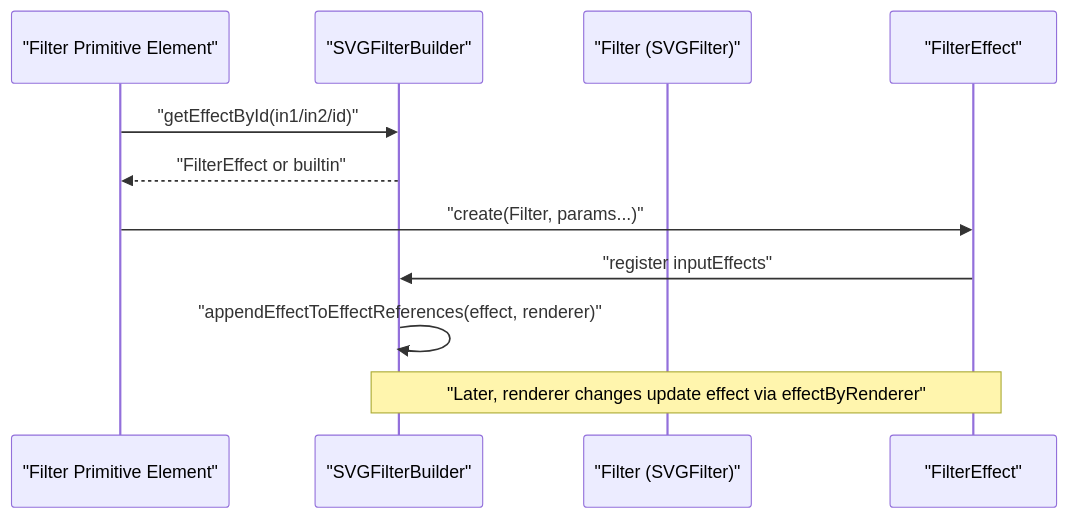
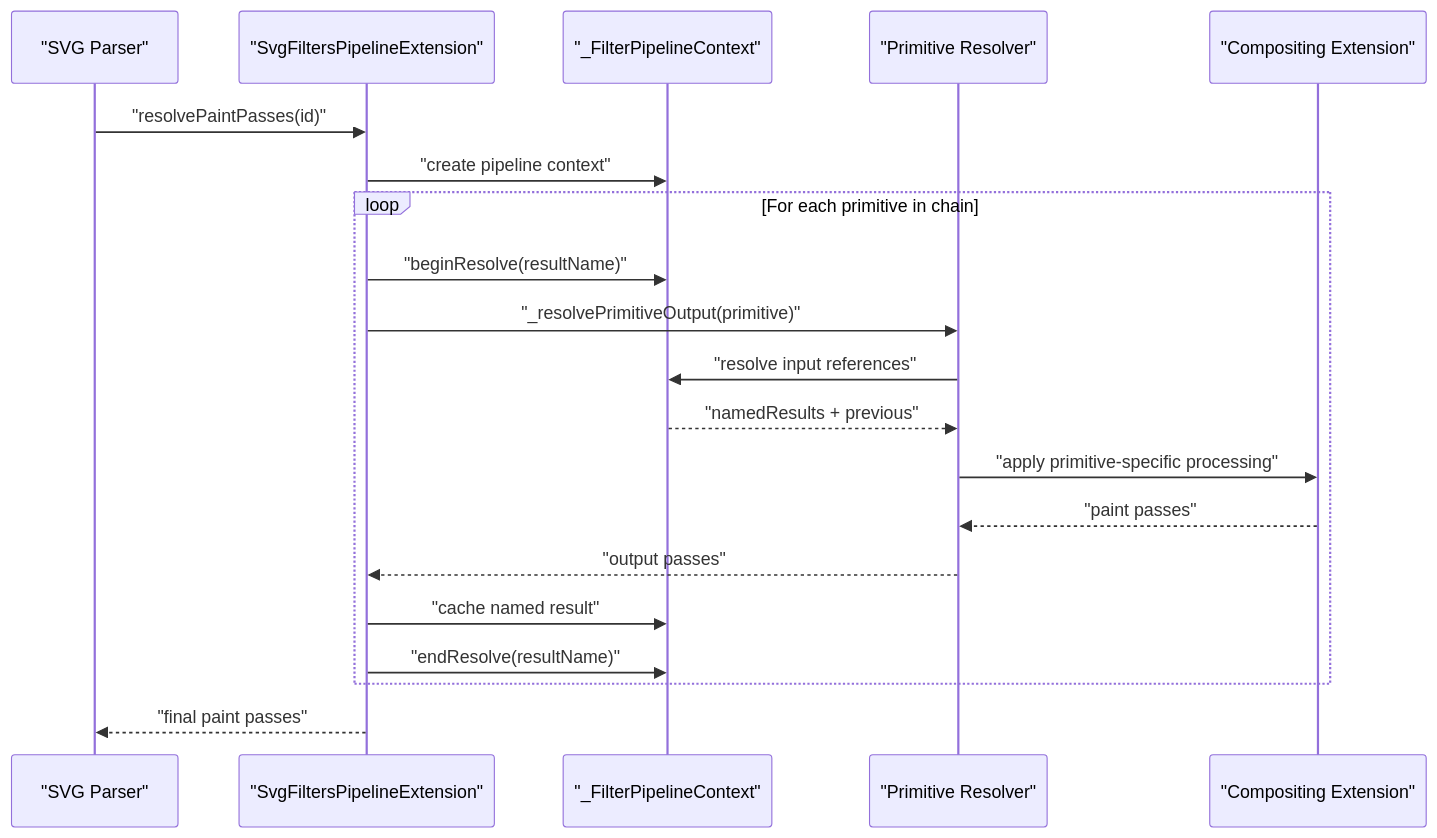
One commit to denisnadey/flutter_full_svg_support changed the second of 4 diagrams in .qoder/repowiki/en/content/Animated SVG Support/Advanced Animation Features/SVG Filters and Effects/SVG Filters and Effects.md. Above: the diagram before and after it, drawn with Mermaid. The commit also changed other lines of this file and 31 other files, not shown here.

````diff
--- a/.qoder/repowiki/en/content/Animated SVG Support/Advanced Animation Features/SVG Filters and Effects/SVG Filters and Effects.md
+++ b/.qoder/repowiki/en/content/Animated SVG Support/Advanced Animation Features/SVG Filters and Effects/SVG Filters and Effects.md
@@ -133,13 +146,22 @@
 ```mermaid
 sequenceDiagram
-participant Elem as "Filter Primitive Element"
-participant Builder as "SVGFilterBuilder"
-participant Filter as "Filter (SVGFilter)"
-participant Effect as "FilterEffect"
-Elem->>Builder : "getEffectById(in1/in2/id)"
-Builder-->>Elem : "FilterEffect or builtin"
-Elem->>Effect : "create(Filter, params...)"
-Effect->>Builder : "register inputEffects"
-Builder->>Builder : "appendEffectToEffectReferences(effect, renderer)"
-Note over Builder,Effect : "Later, renderer changes update effect via effectByRenderer"
+participant Parser as "SVG Parser"
+participant Pipeline as "SvgFiltersPipelineExtension"
+participant Context as "_FilterPipelineContext"
+participant Primitive as "Primitive Resolver"
+participant Compositor as "Compositing Extension"
+Parser->>Pipeline : "resolvePaintPasses(id)"
+Pipeline->>Context : "create pipeline context"
+loop For each primitive in chain
+Pipeline->>Context : "beginResolve(resultName)"
+Pipeline->>Primitive : "_resolvePrimitiveOutput(primitive)"
+Primitive->>Context : "resolve input references"
+Context-->>Primitive : "namedResults + previous"
+Primitive->>Compositor : "apply primitive-specific processing"
+Compositor-->>Primitive : "paint passes"
+Primitive-->>Pipeline : "output passes"
+Pipeline->>Context : "cache named result"
+Pipeline->>Context : "endResolve(resultName)"
+end
+Pipeline-->>Parser : "final paint passes"
 ```
````
